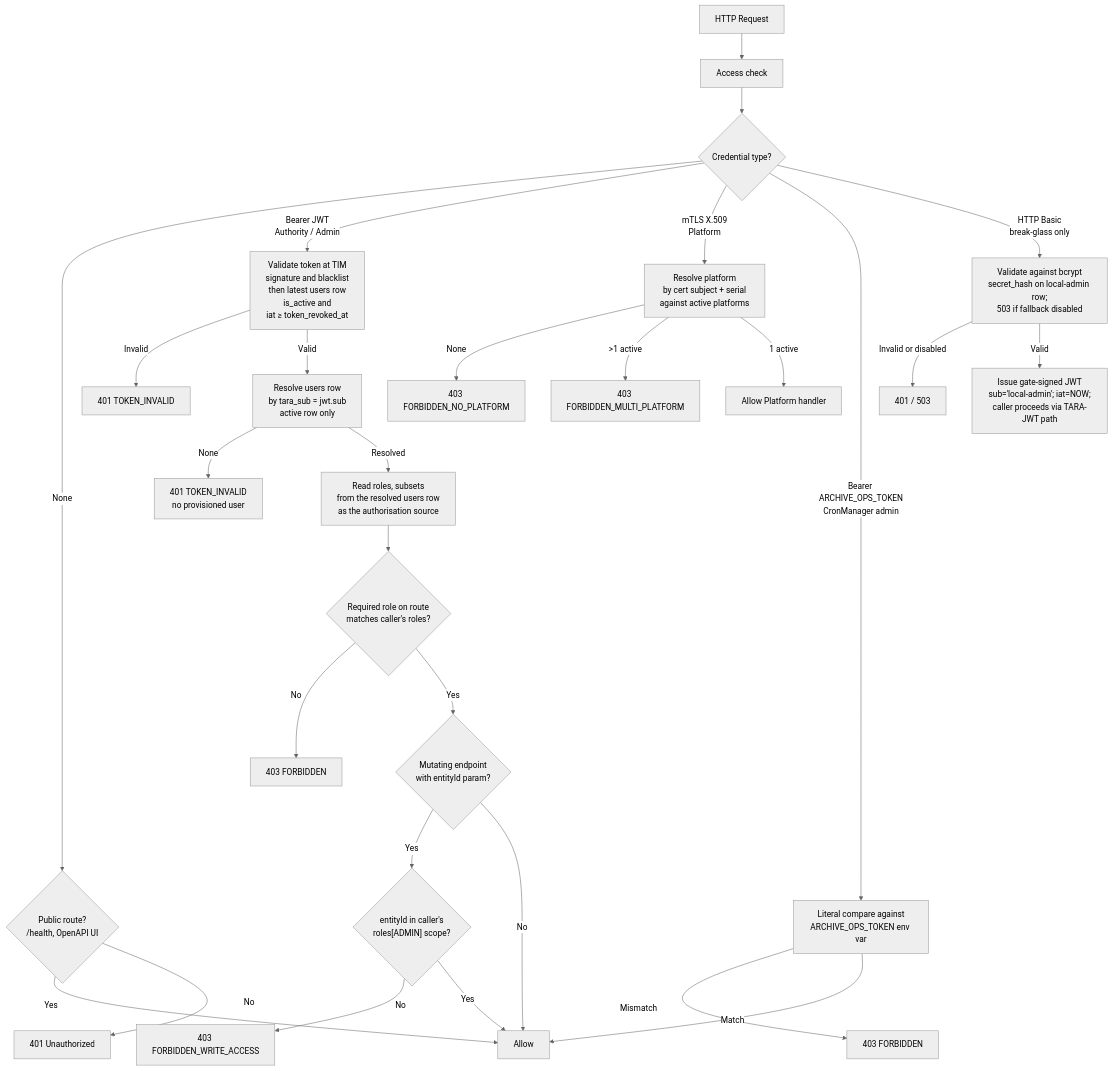
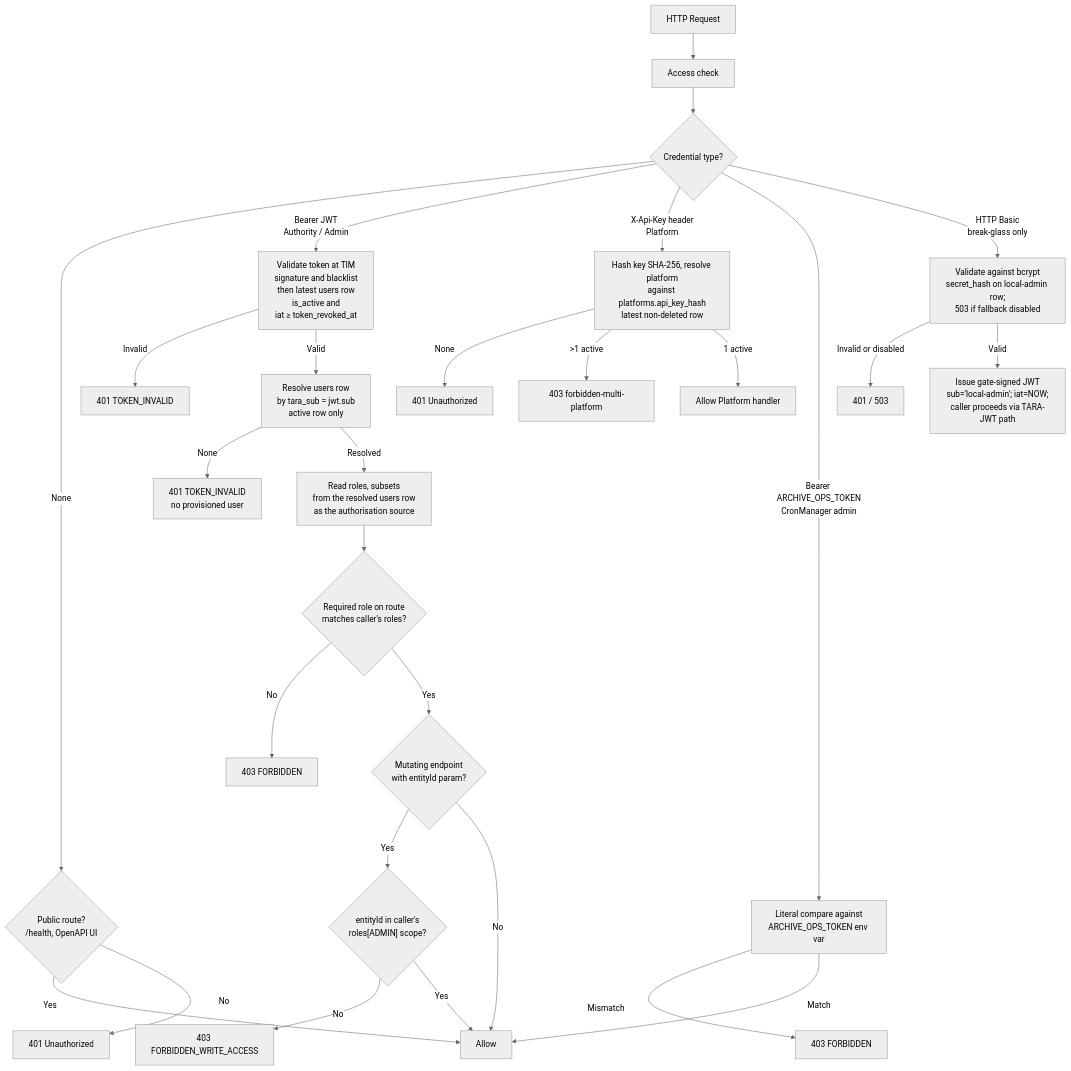
One commit to kemit-ee/efti-gate-ee changed the first of 4 diagrams in docs/specs/permissions-matrix.md. Above: the diagram before and after it, drawn with Mermaid (neutral theme). The commit also changed other lines of this file and 3 other files, not shown here.

First line of the commit message:
Docs: finish reconciling permissions-matrix and auth docs to X-Api-Key

````diff
--- a/docs/specs/permissions-matrix.md
+++ b/docs/specs/permissions-matrix.md
@@ -36,30 +36,30 @@
 ```mermaid
 graph TD
     REQ[HTTP Request] --> AC[Access check]
     AC --> CRED{Credential type?}
     CRED -->|None| PUB{Public route?<br/>/health, OpenAPI UI}
     PUB -->|Yes| ALLOW[Allow]
     PUB -->|No| UNAUTH[401 Unauthorized]
     CRED -->|Bearer JWT<br/>Authority / Admin| TARA[Validate token at TIM<br/>signature and blacklist<br/>then latest users row<br/>is_active and<br/>iat ≥ token_revoked_at]
-    CRED -->|mTLS X.509<br/>Platform| MTLS[Resolve platform<br/>by cert subject + serial<br/>against active platforms]
+    CRED -->|X-Api-Key header<br/>Platform| MTLS[Hash key SHA-256, resolve platform<br/>against platforms.api_key_hash<br/>latest non-deleted row]
     CRED -->|Bearer ARCHIVE_OPS_TOKEN<br/>CronManager admin| OPS[Literal compare against<br/>ARCHIVE_OPS_TOKEN env var]
     CRED -->|HTTP Basic<br/>break-glass only| BG[Validate against bcrypt<br/>secret_hash on local-admin row;<br/>503 if fallback disabled]
     TARA -->|Invalid| ERR401[401 TOKEN_INVALID]
     TARA -->|Valid| TARASUB[Resolve users row<br/>by tara_sub = jwt.sub<br/>active row only]
     TARASUB -->|None| NOUSER[401 TOKEN_INVALID<br/>no provisioned user]
     TARASUB -->|Resolved| AUTHZ[Read roles, subsets<br/>from the resolved users row<br/>as the authorisation source]
-    MTLS -->|None| NOPLAT[403 FORBIDDEN_NO_PLATFORM]
-    MTLS -->|>1 active| MULTI[403 FORBIDDEN_MULTI_PLATFORM]
+    MTLS -->|None| NOPLAT[401 Unauthorized]
+    MTLS -->|>1 active| MULTI[403 forbidden-multi-platform]
     MTLS -->|1 active| ALLOWPLAT[Allow Platform handler]
     OPS -->|Mismatch| OPSDENY[403 FORBIDDEN]
     OPS -->|Match| ALLOW
     BG -->|Invalid or disabled| BGFAIL[401 / 503]
     BG -->|Valid| BGTOKEN[Issue gate-signed JWT<br/>sub='local-admin'; iat=NOW;<br/>caller proceeds via TARA-JWT path]
     AUTHZ --> ROLECHECK{Required role on route<br/>matches caller's roles?}
     ROLECHECK -->|No| ERR403[403 FORBIDDEN]
     ROLECHECK -->|Yes| WRITE{Mutating endpoint<br/>with entityId param?}
     WRITE -->|Yes| SCOPE{"entityId in caller's<br/>roles[ADMIN] scope?"}
     SCOPE -->|No| ERR403WA[403 FORBIDDEN_WRITE_ACCESS]
     SCOPE -->|Yes| ALLOW
     WRITE -->|No| ALLOW
 ```
````
